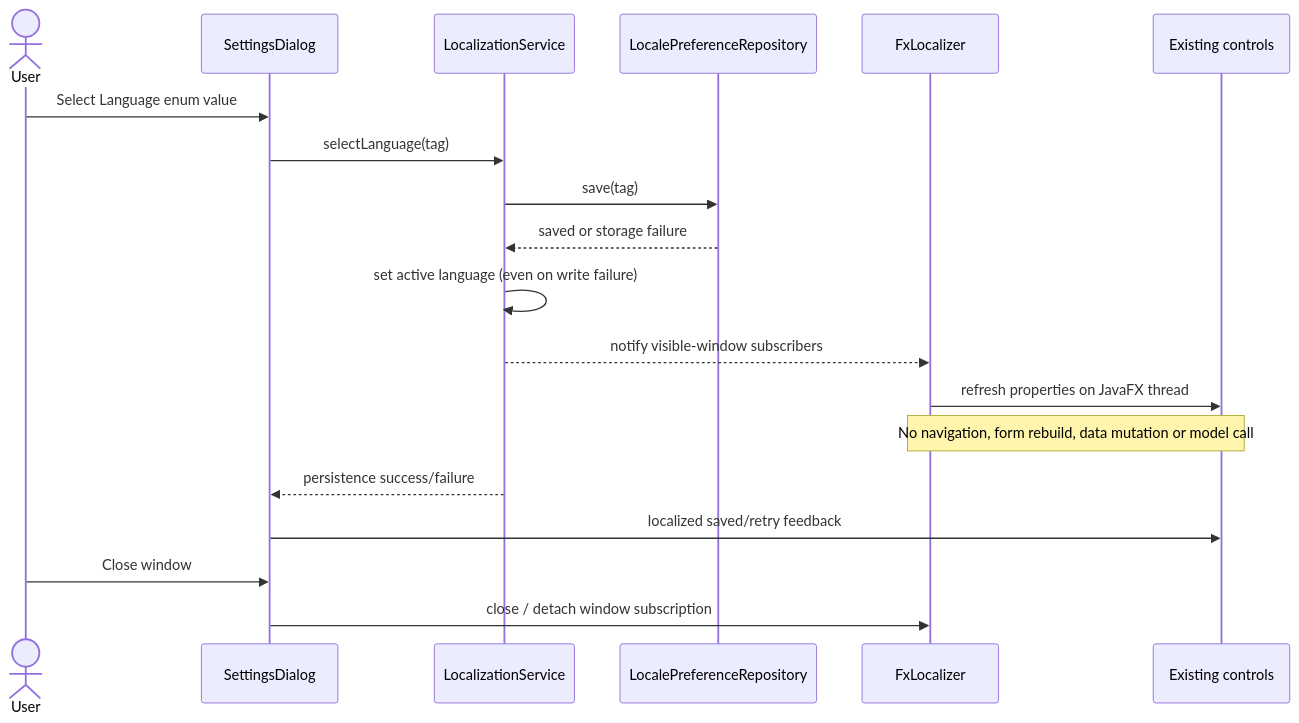
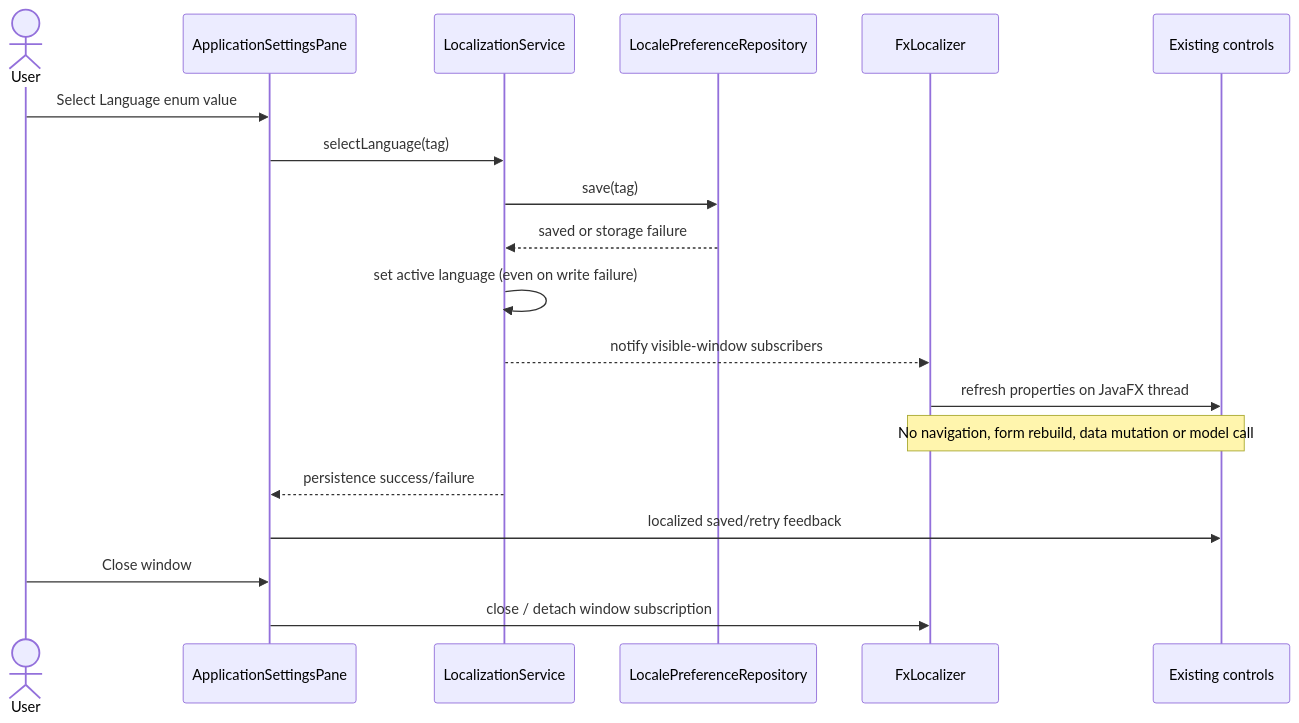
Before and after one commit to zboToronto/PhotoPilot: the second of 2 diagrams in Stage2/docs/localization-architecture.md, drawn with Mermaid. The commit also changed other lines of this file and 59 other files, not shown here.

````diff
--- a/Stage2/docs/localization-architecture.md
+++ b/Stage2/docs/localization-architecture.md
@@ -86,21 +86,21 @@
 ```mermaid
 sequenceDiagram
     actor User
-    participant Settings as SettingsDialog
+    participant Settings as ApplicationSettingsPane
     participant L as LocalizationService
     participant P as LocalePreferenceRepository
     participant FX as FxLocalizer
     participant UI as Existing controls
     User->>Settings: Select Language enum value
     Settings->>L: selectLanguage(tag)
     L->>P: save(tag)
     P-->>L: saved or storage failure
     L->>L: set active language (even on write failure)
     L-->>FX: notify visible-window subscribers
     FX->>UI: refresh properties on JavaFX thread
     Note over FX,UI: No navigation, form rebuild, data mutation or model call
     L-->>Settings: persistence success/failure
     Settings->>UI: localized saved/retry feedback
     User->>Settings: Close window
     Settings->>FX: close / detach window subscription
 ```
````
